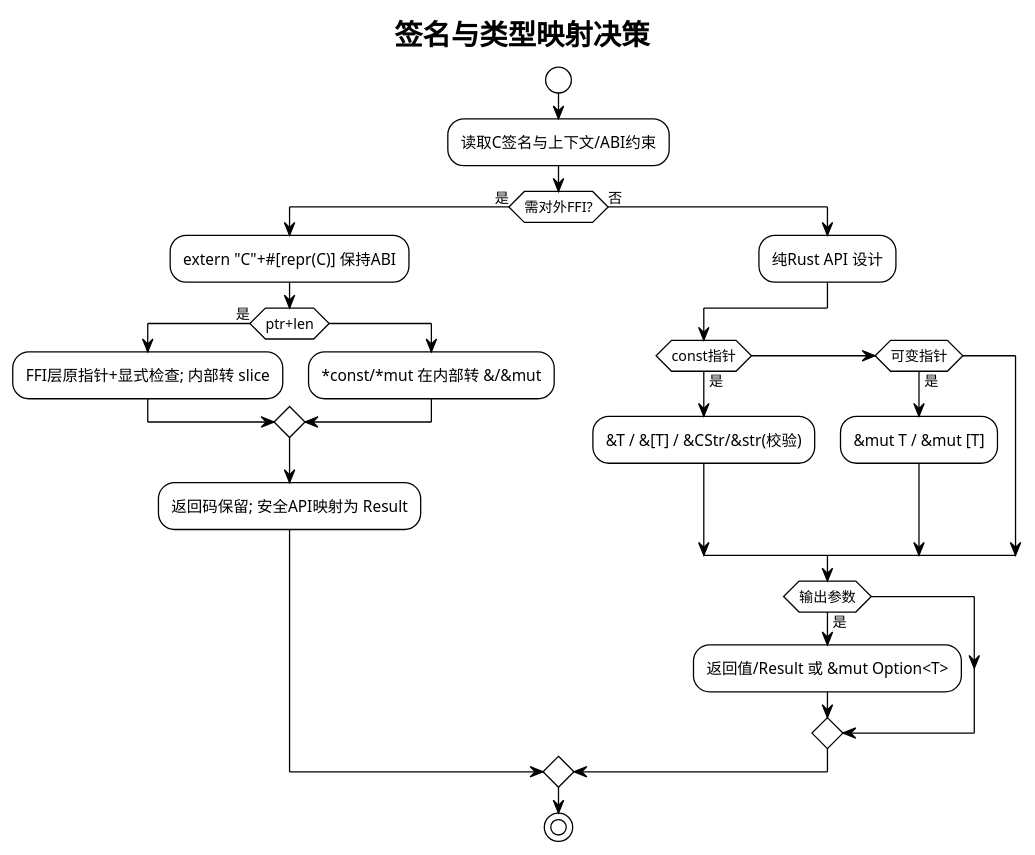
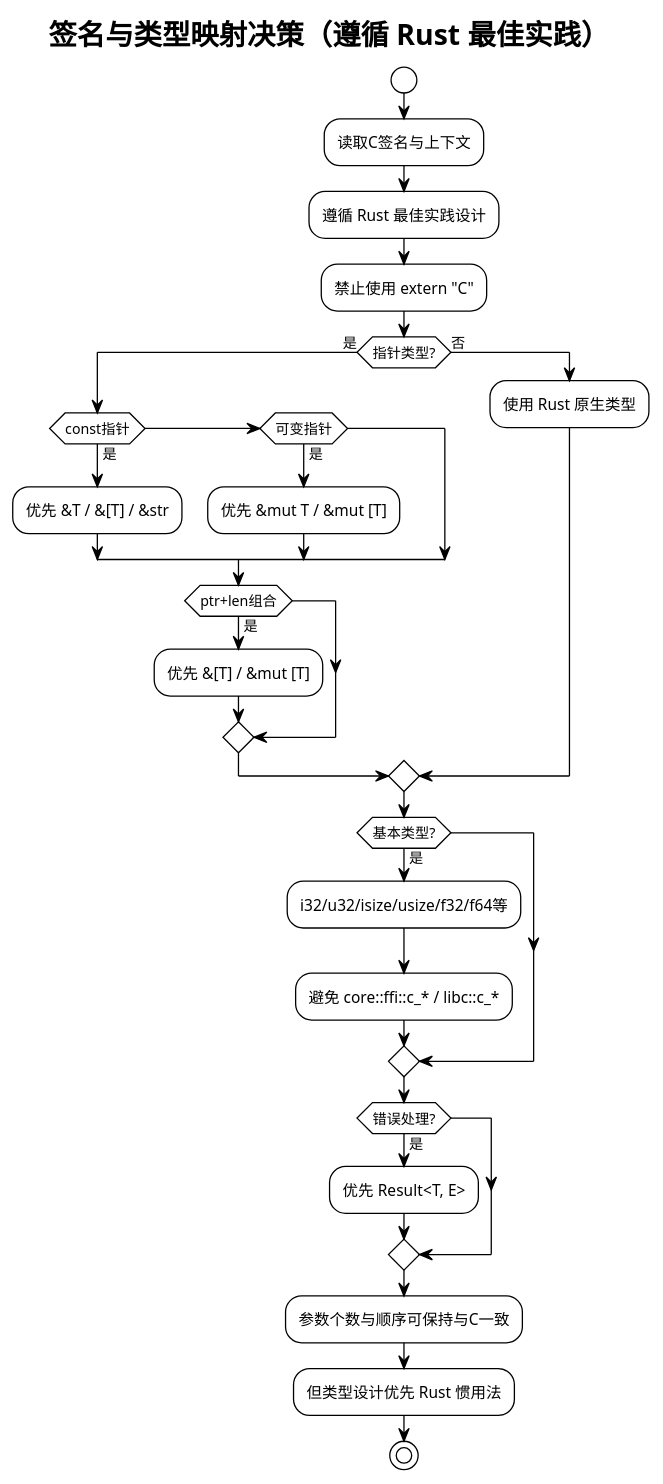
Before and after one commit to skyfireitdiy/Jarvis: diagram 58 of 60 in 技术报告.md, drawn with PlantUML. The commit also changed other lines of this file, not shown here.

````diff
--- a/技术报告.md
+++ b/技术报告.md
@@ -4413,28 +4419,32 @@
 ```plantuml
 @startuml
 !theme plain
-title 签名与类型映射决策
+title 签名与类型映射决策（遵循 Rust 最佳实践）
 start
-:读取C签名与上下文/ABI约束;
-if (需对外FFI?) then (是)
-  :extern "C"+#[repr(C)] 保持ABI;
-  if (ptr+len) then (是)
-    :FFI层原指针+显式检查; 内部转 slice;
-  else
-    :*const/*mut 在内部转 &/&mut;
+:读取C签名与上下文;
+:遵循 Rust 最佳实践设计;
+:禁止使用 extern "C";
+if (指针类型?) then (是)
+  if (const指针) then (是)
+    :优先 &T / &[T] / &str;
+  else if (可变指针) then (是)
+    :优先 &mut T / &mut [T];
   endif
-  :返回码保留; 安全API映射为 Result;
+  if (ptr+len组合) then (是)
+    :优先 &[T] / &mut [T];
+  endif
 else (否)
-  :纯Rust API 设计;
-  if (const指针) then (是)
-    :&T / &[T] / &CStr/&str(校验);
-  else if (可变指针) then (是)
-    :&mut T / &mut [T];
-  endif
-  if (输出参数) then (是)
-    :返回值/Result 或 &mut Option<T>;
-  endif
+  :使用 Rust 原生类型;
 endif
+if (基本类型?) then (是)
+  :i32/u32/isize/usize/f32/f64等;
+  :避免 core::ffi::c_* / libc::c_*;
+endif
+if (错误处理?) then (是)
+  :优先 Result<T, E>;
+endif
+:参数个数与顺序可保持与C一致;
+:但类型设计优先 Rust 惯用法;
 stop
 @enduml
 ```
````
